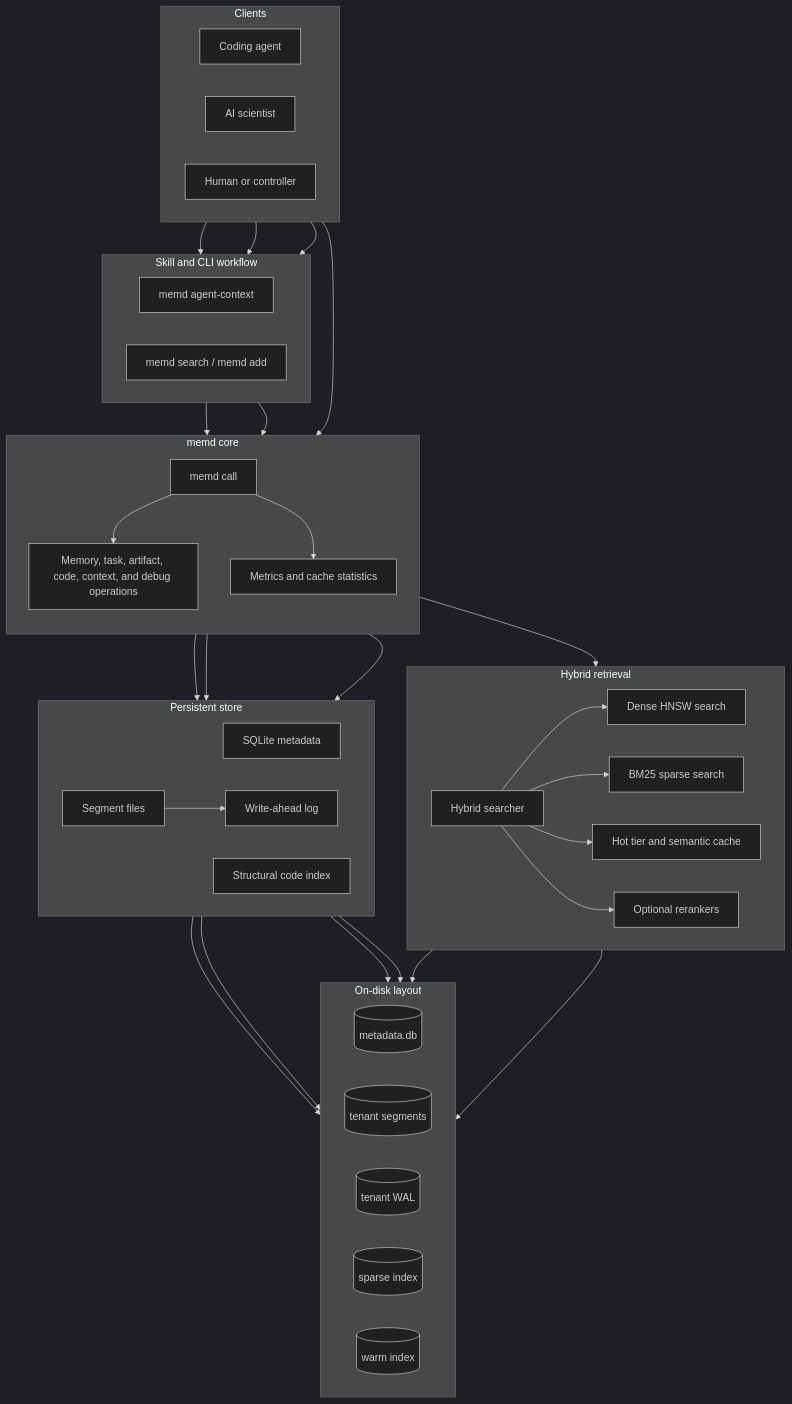
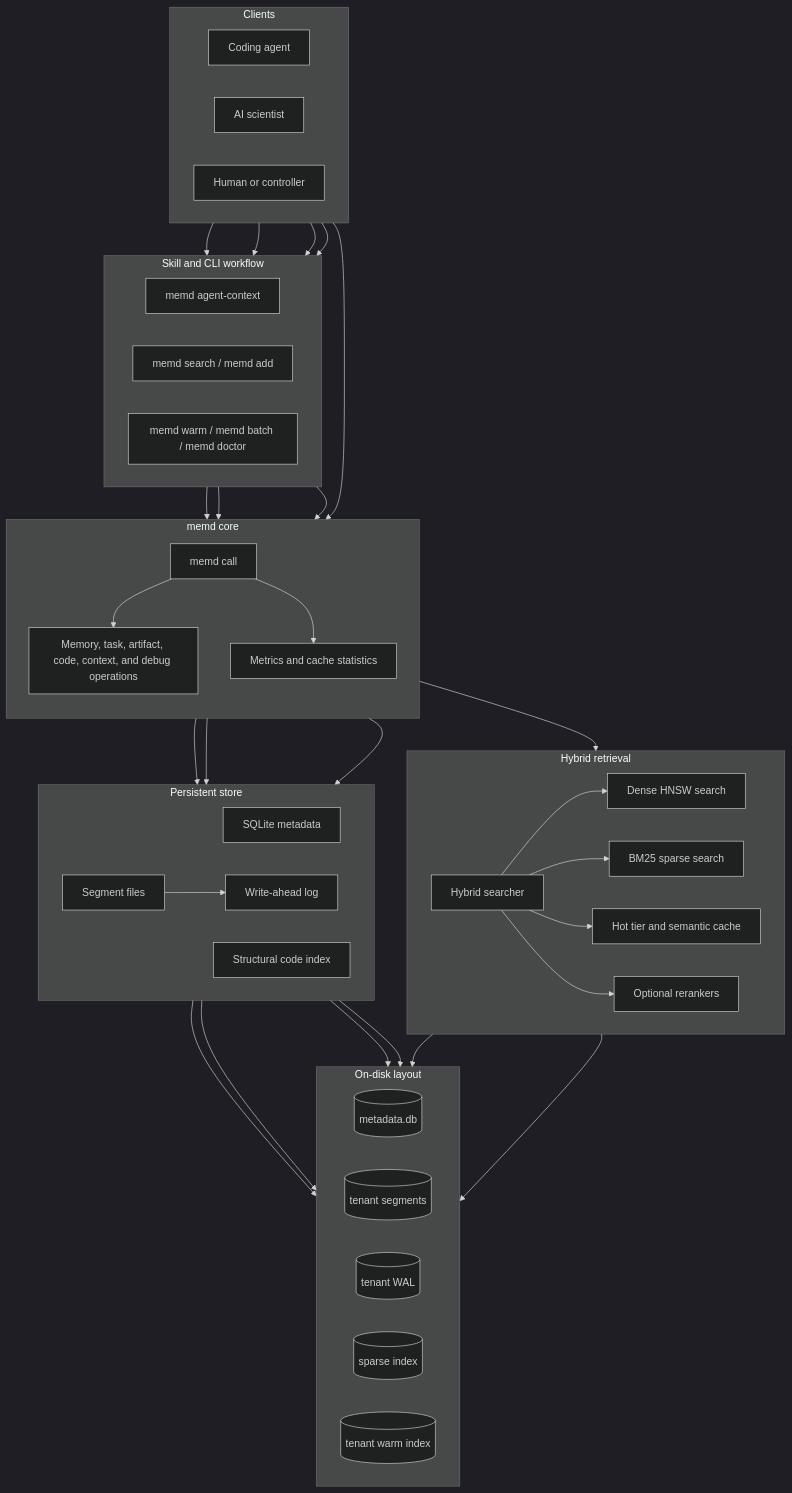
One commit to fmschulz/memd changed the diagram in docs/architecture.md. Above: the diagram before and after it, drawn with Mermaid (dark theme). The commit also changed 3 other files, not shown here.

First line of the commit message:
docs(figures): update architecture diagram to v1.3.1

````diff
--- a/docs/architecture.md
+++ b/docs/architecture.md
@@ -14,72 +14,75 @@
 ```mermaid
 flowchart TB
   subgraph clients["Clients"]
     direction LR
     ca["Coding agent"]
     sci["AI scientist"]
     human["Human or controller"]
   end
 
   subgraph cli_flow["Skill and CLI workflow"]
     direction LR
     agent_context["memd agent-context"]
     search_add["memd search / memd add"]
+    warm_batch["memd warm / memd batch / memd doctor"]
   end
 
   subgraph core["memd core"]
     direction TB
     cli_call["memd call"]
     handlers["Memory, task, artifact, code, context, and debug operations"]
     metrics["Metrics and cache statistics"]
   end
 
   subgraph retrieval["Hybrid retrieval"]
     direction LR
     hybrid["Hybrid searcher"]
     dense["Dense HNSW search"]
     sparse["BM25 sparse search"]
     tiered["Hot tier and semantic cache"]
     rerank["Optional rerankers"]
   end
 
   subgraph storage["Persistent store"]
     direction LR
     sqlite["SQLite metadata"]
     segments["Segment files"]
     wal["Write-ahead log"]
     structural["Structural code index"]
   end
 
   subgraph disk["On-disk layout"]
     direction LR
     db[("metadata.db")]
     segment_files[("tenant segments")]
     wal_file[("tenant WAL")]
     sparse_index[("sparse index")]
-    warm_index[("warm index")]
+    warm_index[("tenant warm index")]
   end
 
   ca --> agent_context
   sci --> agent_context
   human --> search_add
   human --> cli_call
+  human --> warm_batch
   agent_context --> handlers
   search_add --> handlers
+  warm_batch --> handlers
   cli_call --> handlers
   cli_call --> metrics
   handlers --> hybrid
   handlers --> sqlite
   handlers --> structural
   hybrid --> dense
   hybrid --> sparse
   hybrid --> tiered
   hybrid --> rerank
   dense --> warm_index
   sparse --> sparse_index
   sqlite --> db
   handlers --> segments
   segments --> segment_files
   segments --> wal
   wal --> wal_file
   structural --> db
 ```
````
